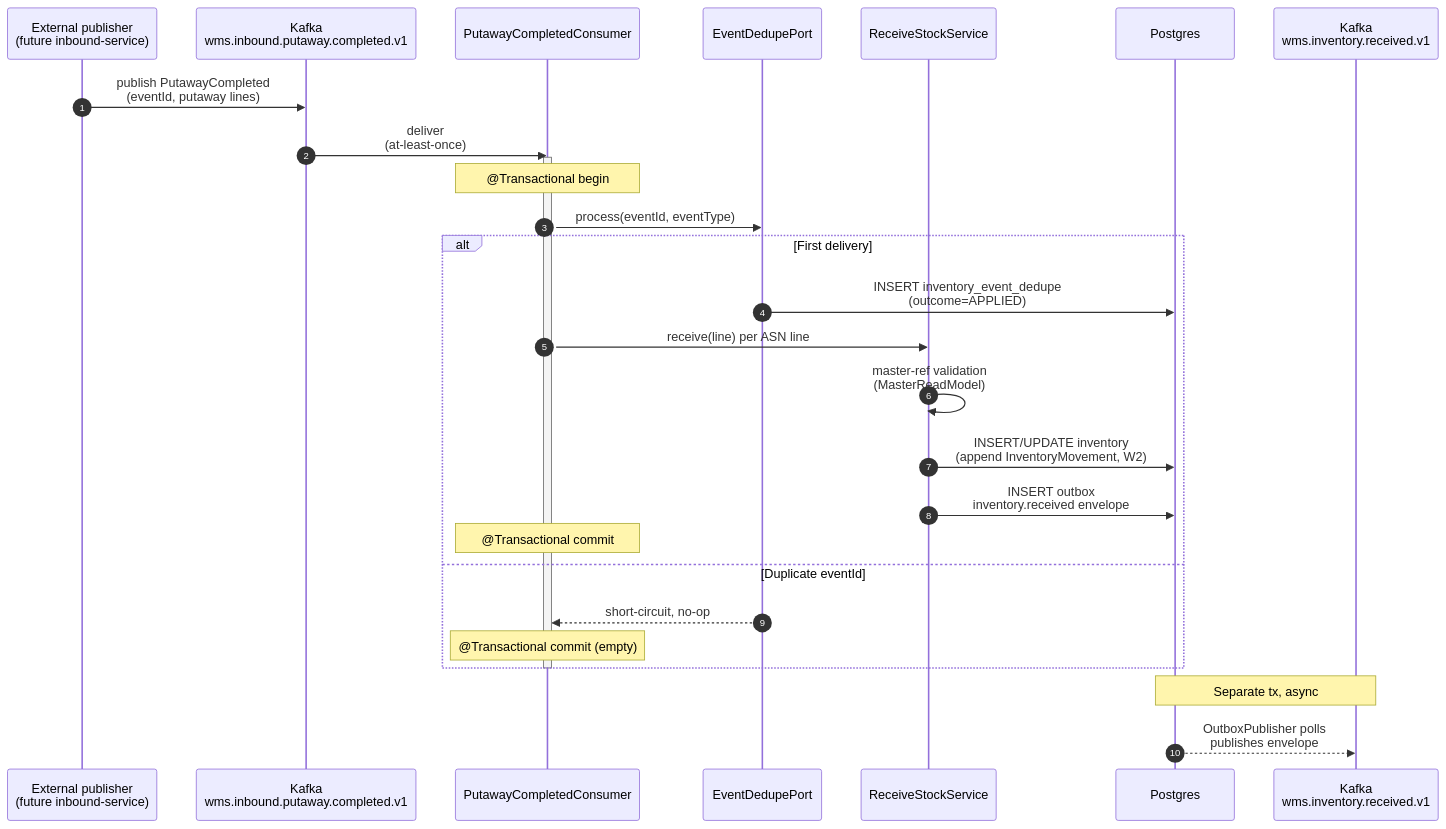
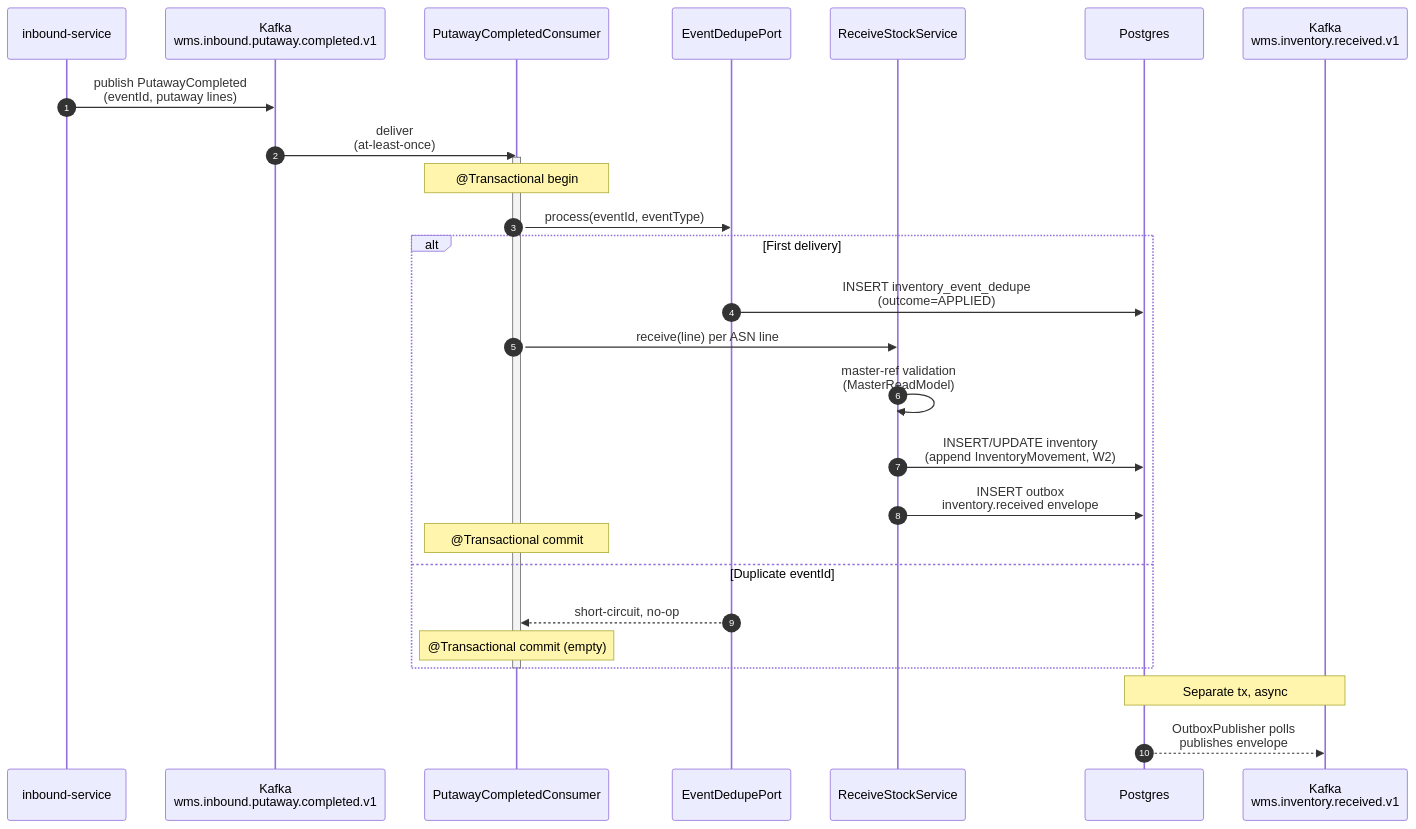
One commit to kanggle/monorepo-lab changed the second of 5 diagrams in projects/wms-platform/README.md. Above: the diagram before and after it, drawn with Mermaid. The commit also changed other lines of this file and 7 other files, not shown here.

````diff
--- a/projects/wms-platform/README.md
+++ b/projects/wms-platform/README.md
@@ -116,32 +141,32 @@
 ```mermaid
 sequenceDiagram
     autonumber
-    participant Pub as External publisher<br/>(future inbound-service)
+    participant Pub as inbound-service
     participant K as Kafka<br/>wms.inbound.putaway.completed.v1
     participant C as PutawayCompletedConsumer
     participant ED as EventDedupePort
     participant S as ReceiveStockService
     participant PG as Postgres
     participant K2 as Kafka<br/>wms.inventory.received.v1
 
     Pub->>K: publish PutawayCompleted<br/>(eventId, putaway lines)
     K->>C: deliver<br/>(at-least-once)
     activate C
     Note over C: @Transactional begin
     C->>ED: process(eventId, eventType)
     alt First delivery
         ED->>PG: INSERT inventory_event_dedupe<br/>(outcome=APPLIED)
         C->>S: receive(line) per ASN line
         S->>S: master-ref validation<br/>(MasterReadModel)
         S->>PG: INSERT/UPDATE inventory<br/>(append InventoryMovement, W2)
         S->>PG: INSERT outbox<br/>inventory.received envelope
         Note over C: @Transactional commit
     else Duplicate eventId
         ED-->>C: short-circuit, no-op
         Note over C: @Transactional commit (empty)
     end
     deactivate C
 
     Note over PG,K2: Separate tx, async
     PG-->>K2: OutboxPublisher polls<br/>publishes envelope
 ```
````
